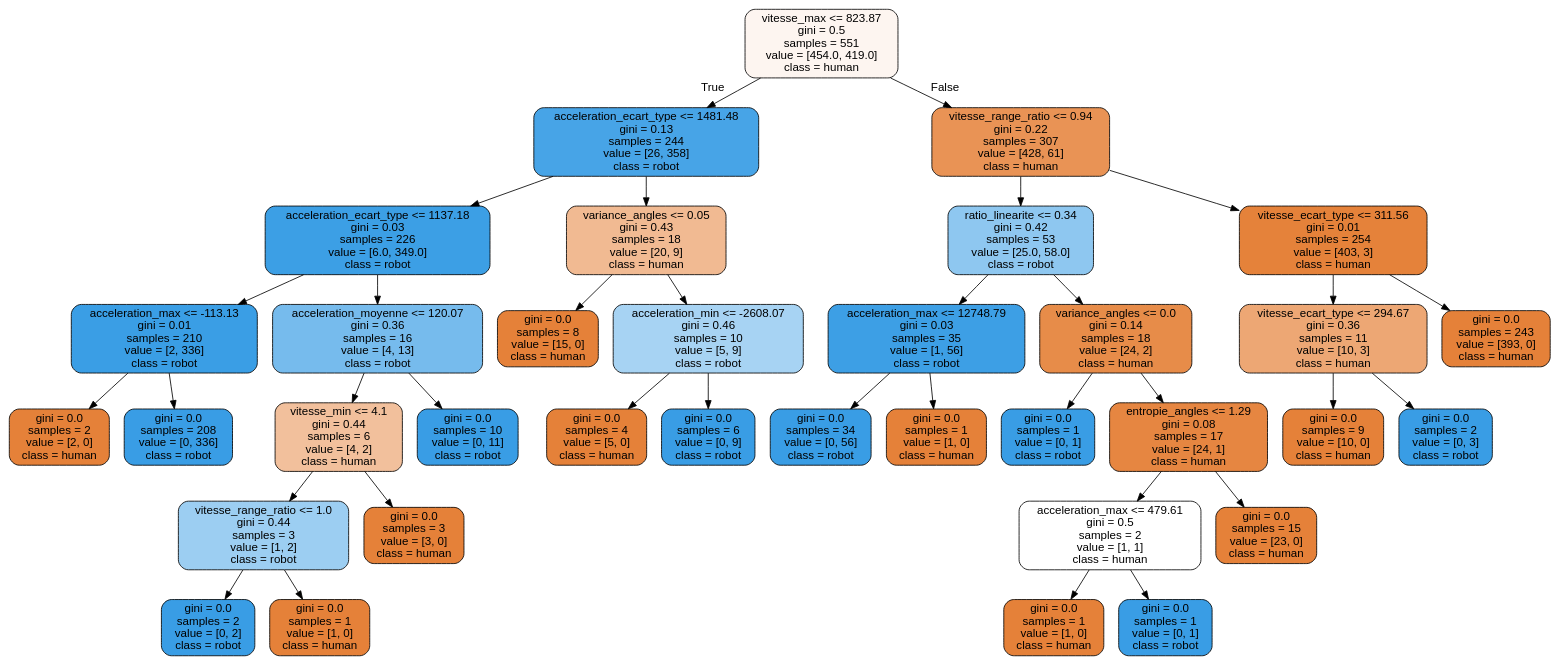
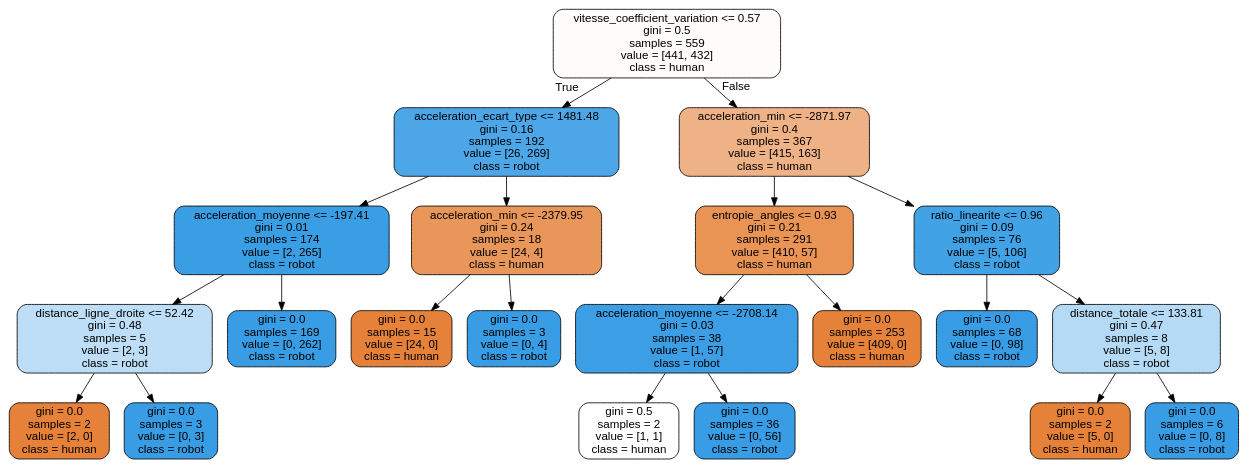
Before and after one commit to GregoireSauvage/CAPTCHAT: the diagram in tree.dot, drawn with Graphviz. The commit also changed 24 other files, not shown here.

```diff
--- a/tree.dot
+++ b/tree.dot
@@ -1,73 +1,45 @@
 digraph Tree {
 node [shape=box, style="filled, rounded", color="black", fontname="helvetica"] ;
 edge [fontname="helvetica"] ;
-0 [label="vitesse_max <= 823.87\ngini = 0.5\nsamples = 551\nvalue = [454.0, 419.0]\nclass = human", fillcolor="#fdf5f0"] ;
-1 [label="acceleration_ecart_type <= 1481.48\ngini = 0.13\nsamples = 244\nvalue = [26, 358]\nclass = robot", fillcolor="#47a4e7"] ;
+0 [label="vitesse_coefficient_variation <= 0.57\ngini = 0.5\nsamples = 559\nvalue = [441, 432]\nclass = human", fillcolor="#fefcfb"] ;
+1 [label="acceleration_ecart_type <= 1481.48\ngini = 0.16\nsamples = 192\nvalue = [26, 269]\nclass = robot", fillcolor="#4ca6e8"] ;
 0 -> 1 [labeldistance=2.5, labelangle=45, headlabel="True"] ;
-2 [label="acceleration_ecart_type <= 1137.18\ngini = 0.03\nsamples = 226\nvalue = [6.0, 349.0]\nclass = robot", fillcolor="#3c9fe5"] ;
+2 [label="acceleration_moyenne <= -197.41\ngini = 0.01\nsamples = 174\nvalue = [2, 265]\nclass = robot", fillcolor="#3a9ee5"] ;
 1 -> 2 ;
-3 [label="acceleration_max <= -113.13\ngini = 0.01\nsamples = 210\nvalue = [2, 336]\nclass = robot", fillcolor="#3a9ee5"] ;
+3 [label="distance_ligne_droite <= 52.42\ngini = 0.48\nsamples = 5\nvalue = [2, 3]\nclass = robot", fillcolor="#bddef6"] ;
 2 -> 3 ;
 4 [label="gini = 0.0\nsamples = 2\nvalue = [2, 0]\nclass = human", fillcolor="#e58139"] ;
 3 -> 4 ;
-5 [label="gini = 0.0\nsamples = 208\nvalue = [0, 336]\nclass = robot", fillcolor="#399de5"] ;
+5 [label="gini = 0.0\nsamples = 3\nvalue = [0, 3]\nclass = robot", fillcolor="#399de5"] ;
 3 -> 5 ;
-6 [label="acceleration_moyenne <= 120.07\ngini = 0.36\nsamples = 16\nvalue = [4, 13]\nclass = robot", fillcolor="#76bbed"] ;
+6 [label="gini = 0.0\nsamples = 169\nvalue = [0, 262]\nclass = robot", fillcolor="#399de5"] ;
 2 -> 6 ;
-7 [label="vitesse_min <= 4.1\ngini = 0.44\nsamples = 6\nvalue = [4, 2]\nclass = human", fillcolor="#f2c09c"] ;
-6 -> 7 ;
-8 [label="vitesse_range_ratio <= 1.0\ngini = 0.44\nsamples = 3\nvalue = [1, 2]\nclass = robot", fillcolor="#9ccef2"] ;
+7 [label="acceleration_min <= -2379.95\ngini = 0.24\nsamples = 18\nvalue = [24, 4]\nclass = human", fillcolor="#e9965a"] ;
+1 -> 7 ;
+8 [label="gini = 0.0\nsamples = 15\nvalue = [24, 0]\nclass = human", fillcolor="#e58139"] ;
 7 -> 8 ;
-9 [label="gini = 0.0\nsamples = 2\nvalue = [0, 2]\nclass = robot", fillcolor="#399de5"] ;
-8 -> 9 ;
-10 [label="gini = 0.0\nsamples = 1\nvalue = [1, 0]\nclass = human", fillcolor="#e58139"] ;
-8 -> 10 ;
-11 [label="gini = 0.0\nsamples = 3\nvalue = [3, 0]\nclass = human", fillcolor="#e58139"] ;
-7 -> 11 ;
-12 [label="gini = 0.0\nsamples = 10\nvalue = [0, 11]\nclass = robot", fillcolor="#399de5"] ;
-6 -> 12 ;
-13 [label="variance_angles <= 0.05\ngini = 0.43\nsamples = 18\nvalue = [20, 9]\nclass = human", fillcolor="#f1ba92"] ;
-1 -> 13 ;
-14 [label="gini = 0.0\nsamples = 8\nvalue = [15, 0]\nclass = human", fillcolor="#e58139"] ;
-13 -> 14 ;
-15 [label="acceleration_min <= -2608.07\ngini = 0.46\nsamples = 10\nvalue = [5, 9]\nclass = robot", fillcolor="#a7d3f3"] ;
-13 -> 15 ;
-16 [label="gini = 0.0\nsamples = 4\nvalue = [5, 0]\nclass = human", fillcolor="#e58139"] ;
-15 -> 16 ;
-17 [label="gini = 0.0\nsamples = 6\nvalue = [0, 9]\nclass = robot", fillcolor="#399de5"] ;
-15 -> 17 ;
-18 [label="vitesse_range_ratio <= 0.94\ngini = 0.22\nsamples = 307\nvalue = [428, 61]\nclass = human", fillcolor="#e99355"] ;
-0 -> 18 [labeldistance=2.5, labelangle=-45, headlabel="False"] ;
-19 [label="ratio_linearite <= 0.34\ngini = 0.42\nsamples = 53\nvalue = [25.0, 58.0]\nclass = robot", fillcolor="#8ec7f0"] ;
+9 [label="gini = 0.0\nsamples = 3\nvalue = [0, 4]\nclass = robot", fillcolor="#399de5"] ;
+7 -> 9 ;
+10 [label="acceleration_min <= -2871.97\ngini = 0.4\nsamples = 367\nvalue = [415, 163]\nclass = human", fillcolor="#efb287"] ;
+0 -> 10 [labeldistance=2.5, labelangle=-45, headlabel="False"] ;
+11 [label="entropie_angles <= 0.93\ngini = 0.21\nsamples = 291\nvalue = [410, 57]\nclass = human", fillcolor="#e99355"] ;
+10 -> 11 ;
+12 [label="acceleration_moyenne <= -2708.14\ngini = 0.03\nsamples = 38\nvalue = [1, 57]\nclass = robot", fillcolor="#3c9fe5"] ;
+11 -> 12 ;
+13 [label="gini = 0.5\nsamples = 2\nvalue = [1, 1]\nclass = human", fillcolor="#ffffff"] ;
+12 -> 13 ;
+14 [label="gini = 0.0\nsamples = 36\nvalue = [0, 56]\nclass = robot", fillcolor="#399de5"] ;
+12 -> 14 ;
+15 [label="gini = 0.0\nsamples = 253\nvalue = [409, 0]\nclass = human", fillcolor="#e58139"] ;
+11 -> 15 ;
+16 [label="ratio_linearite <= 0.96\ngini = 0.09\nsamples = 76\nvalue = [5, 106]\nclass = robot", fillcolor="#42a2e6"] ;
+10 -> 16 ;
+17 [label="gini = 0.0\nsamples = 68\nvalue = [0, 98]\nclass = robot", fillcolor="#399de5"] ;
+16 -> 17 ;
+18 [label="distance_totale <= 133.81\ngini = 0.47\nsamples = 8\nvalue = [5, 8]\nclass = robot", fillcolor="#b5daf5"] ;
+16 -> 18 ;
+19 [label="gini = 0.0\nsamples = 2\nvalue = [5, 0]\nclass = human", fillcolor="#e58139"] ;
 18 -> 19 ;
-20 [label="acceleration_max <= 12748.79\ngini = 0.03\nsamples = 35\nvalue = [1, 56]\nclass = robot", fillcolor="#3d9fe5"] ;
-19 -> 20 ;
-21 [label="gini = 0.0\nsamples = 34\nvalue = [0, 56]\nclass = robot", fillcolor="#399de5"] ;
-20 -> 21 ;
-22 [label="gini = 0.0\nsamples = 1\nvalue = [1, 0]\nclass = human", fillcolor="#e58139"] ;
-20 -> 22 ;
-23 [label="variance_angles <= 0.0\ngini = 0.14\nsamples = 18\nvalue = [24, 2]\nclass = human", fillcolor="#e78c49"] ;
-19 -> 23 ;
-24 [label="gini = 0.0\nsamples = 1\nvalue = [0, 1]\nclass = robot", fillcolor="#399de5"] ;
-23 -> 24 ;
-25 [label="entropie_angles <= 1.29\ngini = 0.08\nsamples = 17\nvalue = [24, 1]\nclass = human", fillcolor="#e68641"] ;
-23 -> 25 ;
-26 [label="acceleration_max <= 479.61\ngini = 0.5\nsamples = 2\nvalue = [1, 1]\nclass = human", fillcolor="#ffffff"] ;
-25 -> 26 ;
-27 [label="gini = 0.0\nsamples = 1\nvalue = [1, 0]\nclass = human", fillcolor="#e58139"] ;
-26 -> 27 ;
-28 [label="gini = 0.0\nsamples = 1\nvalue = [0, 1]\nclass = robot", fillcolor="#399de5"] ;
-26 -> 28 ;
-29 [label="gini = 0.0\nsamples = 15\nvalue = [23, 0]\nclass = human", fillcolor="#e58139"] ;
-25 -> 29 ;
-30 [label="vitesse_ecart_type <= 311.56\ngini = 0.01\nsamples = 254\nvalue = [403, 3]\nclass = human", fillcolor="#e5823a"] ;
-18 -> 30 ;
-31 [label="vitesse_ecart_type <= 294.67\ngini = 0.36\nsamples = 11\nvalue = [10, 3]\nclass = human", fillcolor="#eda774"] ;
-30 -> 31 ;
-32 [label="gini = 0.0\nsamples = 9\nvalue = [10, 0]\nclass = human", fillcolor="#e58139"] ;
-31 -> 32 ;
-33 [label="gini = 0.0\nsamples = 2\nvalue = [0, 3]\nclass = robot", fillcolor="#399de5"] ;
-31 -> 33 ;
-34 [label="gini = 0.0\nsamples = 243\nvalue = [393, 0]\nclass = human", fillcolor="#e58139"] ;
-30 -> 34 ;
+20 [label="gini = 0.0\nsamples = 6\nvalue = [0, 8]\nclass = robot", fillcolor="#399de5"] ;
+18 -> 20 ;
 }
```
